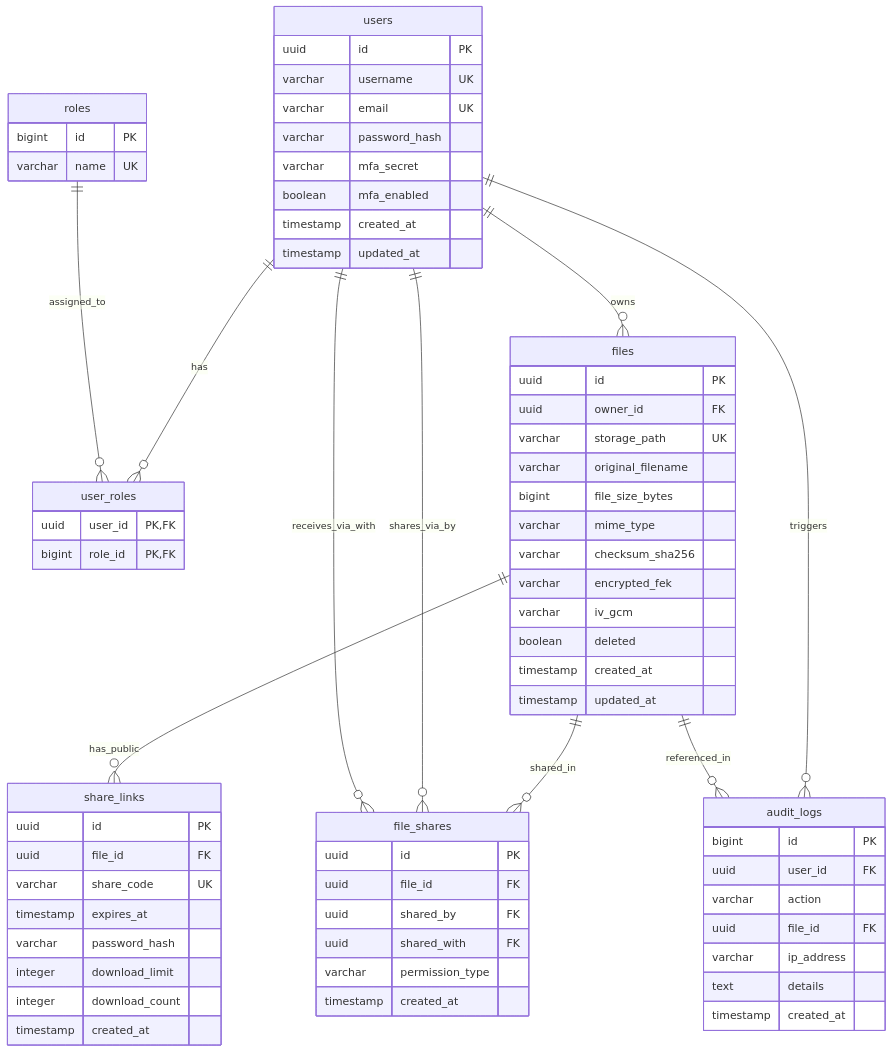
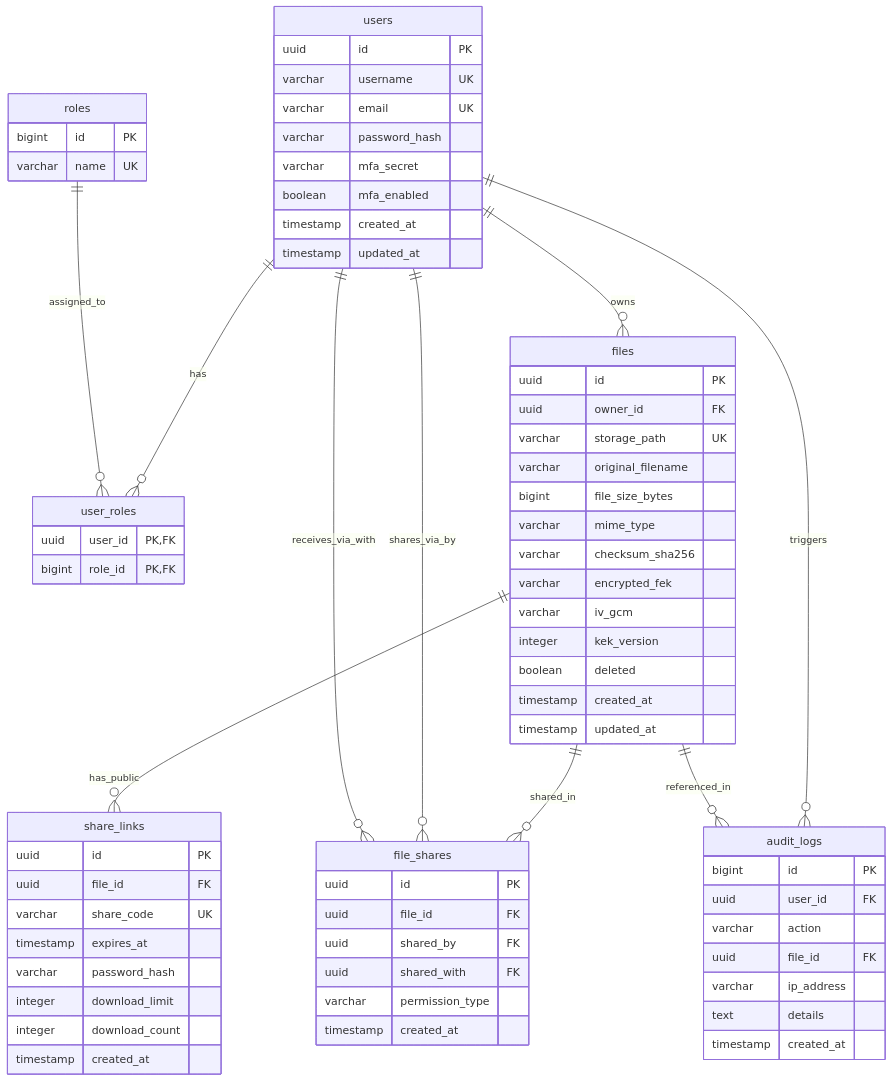
Before and after one commit to Dhruv0306/cloudshare-app: the diagram in docs/system-design/database.md, drawn with Mermaid. The commit also changed other lines of this file, not shown here.

Commit message:
docs: add kek_version column to PostgreSQL DDL and ERD files table definitions

````diff
--- a/docs/system-design/database.md
+++ b/docs/system-design/database.md
@@ -11,78 +11,79 @@
 ```mermaid
 erDiagram
     users {
         uuid id PK
         varchar username UK
         varchar email UK
         varchar password_hash
         varchar mfa_secret
         boolean mfa_enabled
         timestamp created_at
         timestamp updated_at
     }
 
     roles {
         bigint id PK
         varchar name UK
     }
 
     user_roles {
         uuid user_id PK, FK
         bigint role_id PK, FK
     }
 
     files {
         uuid id PK
         uuid owner_id FK
         varchar storage_path UK
         varchar original_filename
         bigint file_size_bytes
         varchar mime_type
         varchar checksum_sha256
         varchar encrypted_fek
         varchar iv_gcm
+        integer kek_version
         boolean deleted
         timestamp created_at
         timestamp updated_at
     }
 
     file_shares {
         uuid id PK
         uuid file_id FK
         uuid shared_by FK
         uuid shared_with FK
         varchar permission_type
         timestamp created_at
     }
 
     share_links {
         uuid id PK
         uuid file_id FK
         varchar share_code UK
         timestamp expires_at
         varchar password_hash
         integer download_limit
         integer download_count
         timestamp created_at
     }
 
     audit_logs {
         bigint id PK
         uuid user_id FK
         varchar action
         uuid file_id FK
         varchar ip_address
         text details
         timestamp created_at
     }
 
     users ||--o{ user_roles : "has"
     roles ||--o{ user_roles : "assigned_to"
     users ||--o{ files : "owns"
     files ||--o{ file_shares : "shared_in"
     users ||--o{ file_shares : "shares_via_by"
     users ||--o{ file_shares : "receives_via_with"
     files ||--o{ share_links : "has_public"
     users ||--o{ audit_logs : "triggers"
     files ||--o{ audit_logs : "referenced_in"
 ```
````
